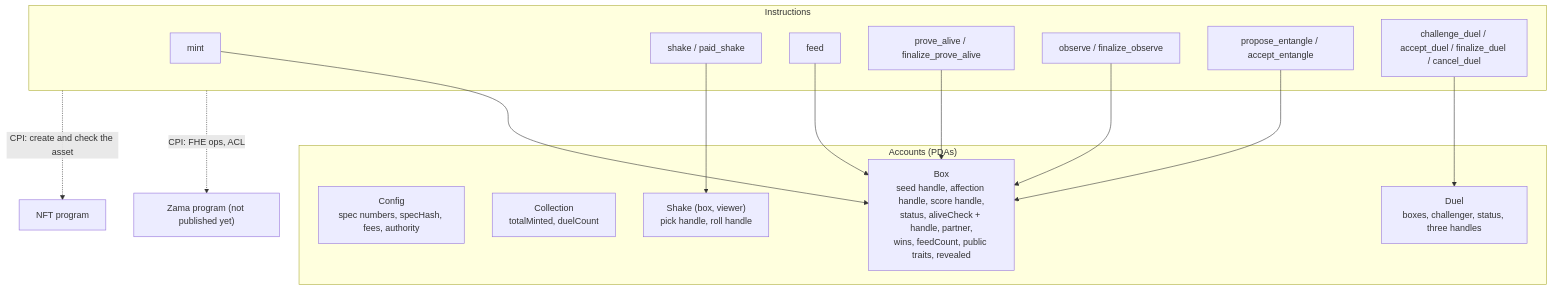
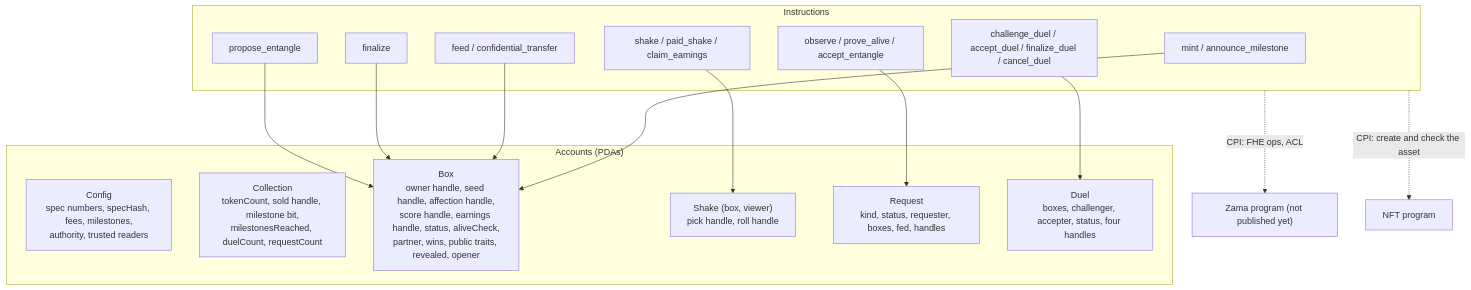
Before and after one commit to jecombe/do_not_open: the second of 2 diagrams in docs/SOLANA_PORTING.md, drawn with Mermaid. The commit also changed other lines of this file and 25 other files, not shown here.

````diff
--- a/docs/SOLANA_PORTING.md
+++ b/docs/SOLANA_PORTING.md
@@ -111,21 +116,22 @@
 ```mermaid
 flowchart TB
   subgraph accounts["Accounts (PDAs)"]
-    cfg["Config<br/>spec numbers, specHash, fees, authority"]
-    col["Collection<br/>totalMinted, duelCount"]
-    box["Box<br/>seed handle, affection handle, score handle,<br/>status, aliveCheck + handle, partner,<br/>wins, feedCount, public traits, revealed"]
+    cfg["Config<br/>spec numbers, specHash, fees, milestones,<br/>authority, trusted readers"]
+    col["Collection<br/>tokenCount, sold handle, milestone bit,<br/>milestonesReached, duelCount, requestCount"]
+    box["Box<br/>owner handle, seed handle, affection handle,<br/>score handle, earnings handle, status, aliveCheck,<br/>partner, wins, public traits, revealed, opener"]
     shake["Shake (box, viewer)<br/>pick handle, roll handle"]
-    duel["Duel<br/>boxes, challenger, status, three handles"]
+    req["Request<br/>kind, status, requester, boxes, fed, handles"]
+    duel["Duel<br/>boxes, challenger, accepter, status, four handles"]
   end
   subgraph ix["Instructions"]
-    i1["mint"] --> box
-    i2["shake / paid_shake"] --> shake
-    i3["feed"] --> box
-    i4["prove_alive / finalize_prove_alive"] --> box
-    i5["observe / finalize_observe"] --> box
-    i6["propose_entangle / accept_entangle"] --> box
+    i1["mint / announce_milestone"] --> box
+    i2["shake / paid_shake / claim_earnings"] --> shake
+    i3["feed / confidential_transfer"] --> box
+    i4["observe / prove_alive / accept_entangle"] --> req
+    i5["finalize"] --> box
+    i6["propose_entangle"] --> box
     i7["challenge_duel / accept_duel / finalize_duel / cancel_duel"] --> duel
   end
   ix -. "CPI: FHE ops, ACL" .-> zama["Zama program (not published yet)"]
   ix -. "CPI: create and check the asset" .-> nft["NFT program"]
 ```
````
